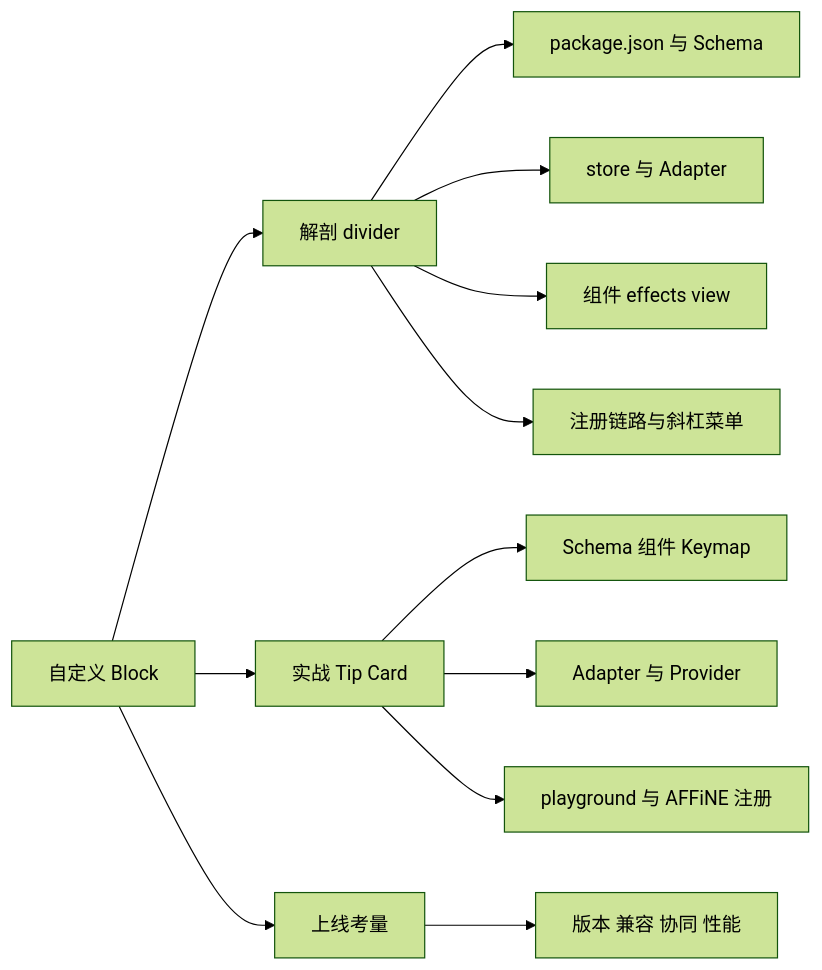
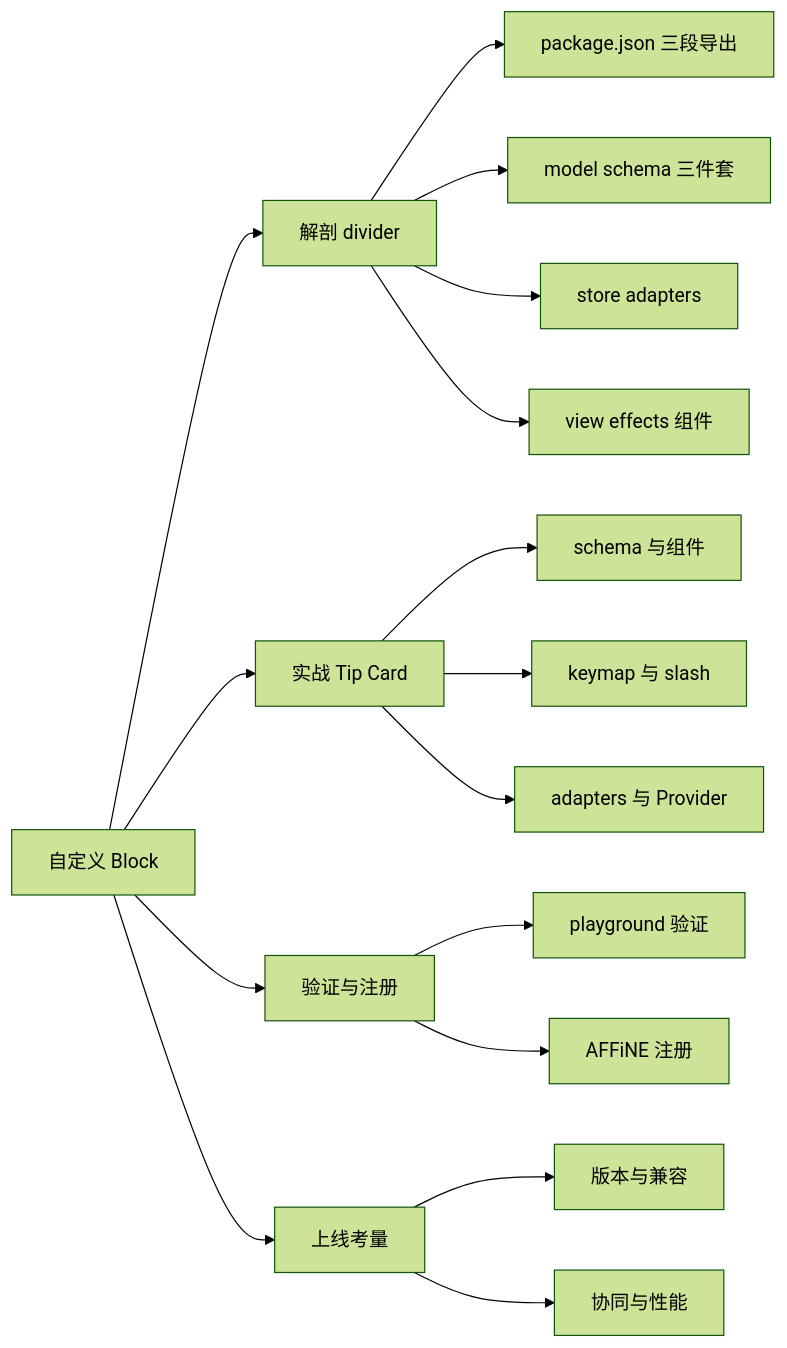
The first of 2 diagrams in learning-guide/slides/decks/15.md (lfire/AFFiNE), drawn with Mermaid (forest theme) before and after one commit. The commit also changed other lines of this file and 46 other files, not shown here.

````diff
--- a/learning-guide/slides/decks/15.md
+++ b/learning-guide/slides/decks/15.md
@@ -47,14 +44,18 @@
 ```mermaid
 flowchart LR
-  ROOT[自定义 Block] --> A[解剖 divider]
-  ROOT --> B[实战 Tip Card]
-  ROOT --> C[上线考量]
-  A --> A1["package.json 与 Schema"]
-  A --> A2[store 与 Adapter]
-  A --> A3[组件 effects view]
-  A --> A4[注册链路与斜杠菜单]
-  B --> B1[Schema 组件 Keymap]
-  B --> B2[Adapter 与 Provider]
-  B --> B3[playground 与 AFFiNE 注册]
-  C --> C1[版本 兼容 协同 性能]
+  ROOT["自定义 Block"] --> A["解剖 divider"]
+  ROOT --> B["实战 Tip Card"]
+  ROOT --> C["验证与注册"]
+  ROOT --> D["上线考量"]
+  A --> A1["package.json 三段导出"]
+  A --> A2["model schema 三件套"]
+  A --> A3["store adapters"]
+  A --> A4["view effects 组件"]
+  B --> B1["schema 与组件"]
+  B --> B2["keymap 与 slash"]
+  B --> B3["adapters 与 Provider"]
+  C --> C1["playground 验证"]
+  C --> C2["AFFiNE 注册"]
+  D --> D1["版本与兼容"]
+  D --> D2["协同与性能"]
 ```
````
